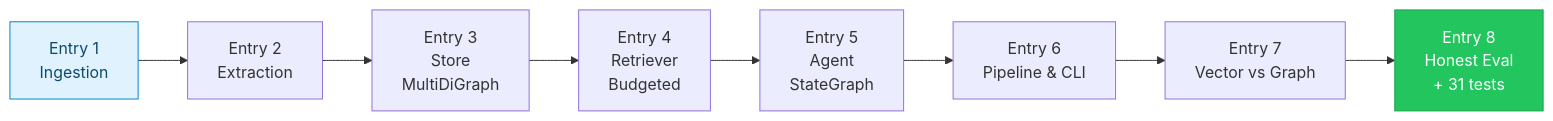
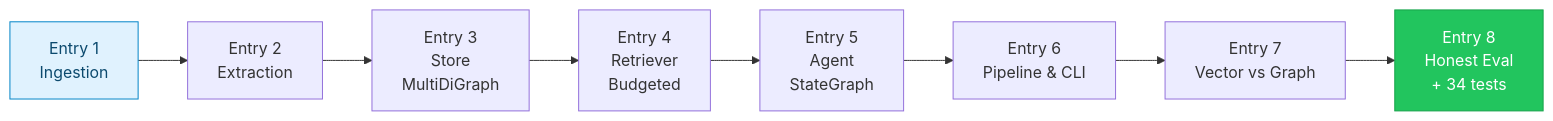
The first of 9 diagrams in LEARNINGS.md (manishwvn/graph_rag), drawn with Mermaid before and after one commit. The commit also changed other lines of this file and 5 other files, not shown here.

````diff
--- a/LEARNINGS.md
+++ b/LEARNINGS.md
@@ -21,12 +21,12 @@
 ```mermaid
 graph LR
   E1["Entry 1<br/>Ingestion"] --> E2["Entry 2<br/>Extraction"]
   E2 --> E3["Entry 3<br/>Store<br/>MultiDiGraph"]
   E3 --> E4["Entry 4<br/>Retriever<br/>Budgeted"]
   E4 --> E5["Entry 5<br/>Agent<br/>StateGraph"]
   E5 --> E6["Entry 6<br/>Pipeline & CLI"]
   E6 --> E7["Entry 7<br/>Vector vs Graph"]
-  E7 --> E8["Entry 8<br/>Honest Eval<br/>+ 31 tests"]
+  E7 --> E8["Entry 8<br/>Honest Eval<br/>+ 34 tests"]
   style E8 fill:#22C55E,stroke:#16A34A,color:#fff
   style E1 fill:#E0F2FE,stroke:#0284C7,color:#0C4A6E
 ```
````
